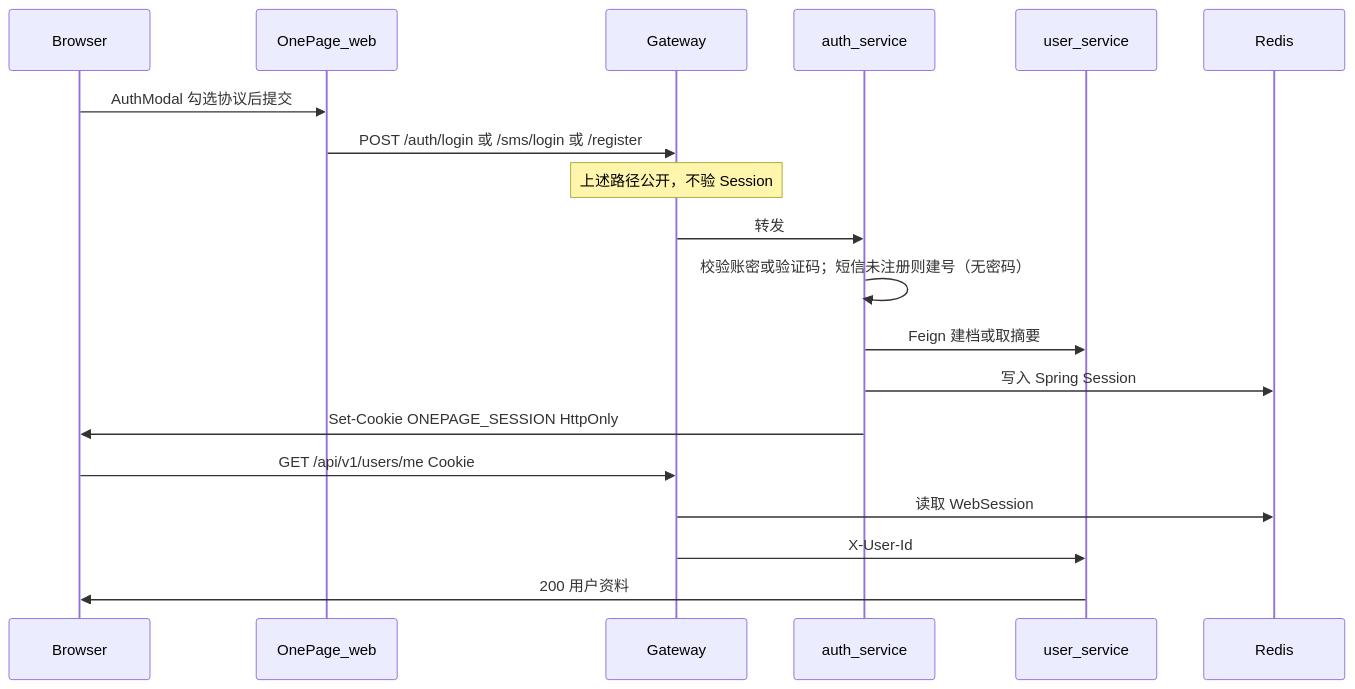
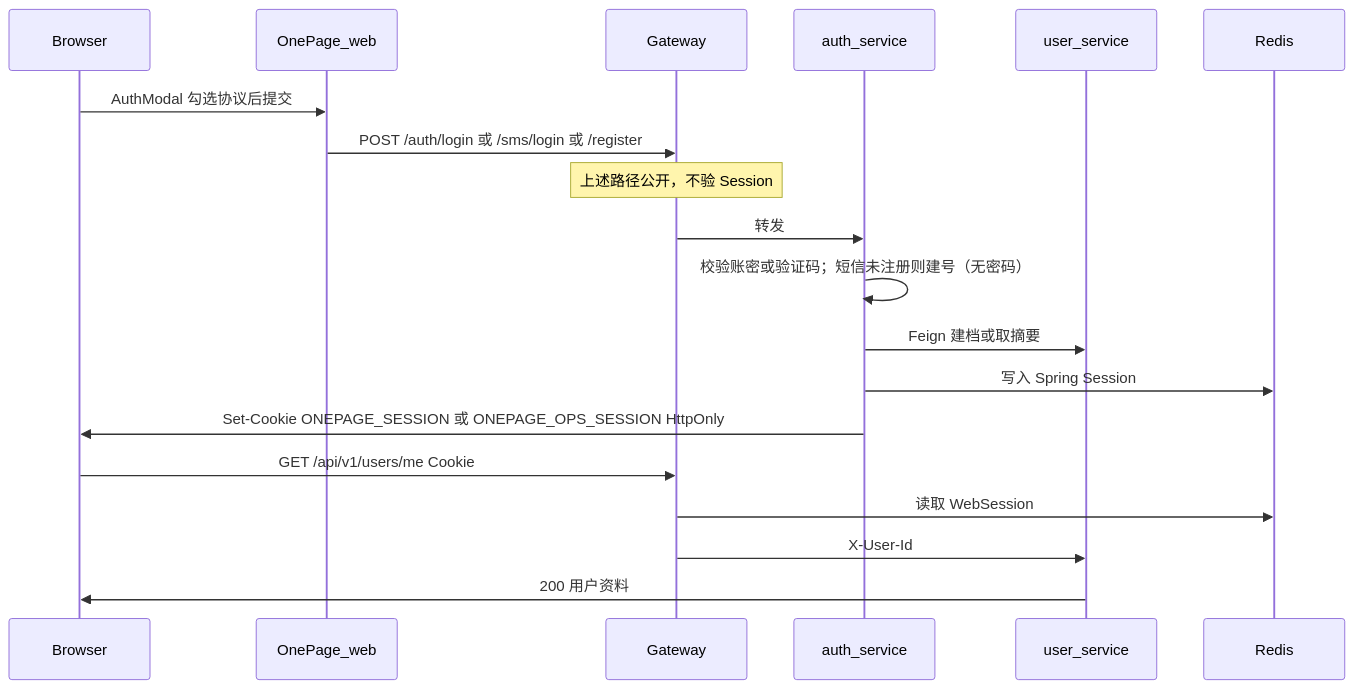
Before and after one commit to Yangleduo00337788/OnePage: the fourth of 13 diagrams in agi-work-space/src/content/engineering/tech/diagrams.md, drawn with Mermaid. The commit also changed 22 other files, not shown here.

Commit message:
fix(auth): 运营与社区改用两张 Session Cookie 避免挤号

````diff
--- a/agi-work-space/src/content/engineering/tech/diagrams.md
+++ b/agi-work-space/src/content/engineering/tech/diagrams.md
@@ -155,22 +155,22 @@
 ```mermaid
 sequenceDiagram
   participant B as Browser
   participant W as OnePage_web
   participant G as Gateway
   participant A as auth_service
   participant U as user_service
   participant R as Redis
 
   B->>W: AuthModal 勾选协议后提交
   W->>G: POST /auth/login 或 /sms/login 或 /register
   Note over G: 上述路径公开，不验 Session
   G->>A: 转发
   A->>A: 校验账密或验证码；短信未注册则建号（无密码）
   A->>U: Feign 建档或取摘要
   A->>R: 写入 Spring Session
-  A->>B: Set-Cookie ONEPAGE_SESSION HttpOnly
+  A->>B: Set-Cookie ONEPAGE_SESSION 或 ONEPAGE_OPS_SESSION HttpOnly
   B->>G: GET /api/v1/users/me Cookie
   G->>R: 读取 WebSession
   G->>U: X-User-Id
   U->>B: 200 用户资料
 ```
````
